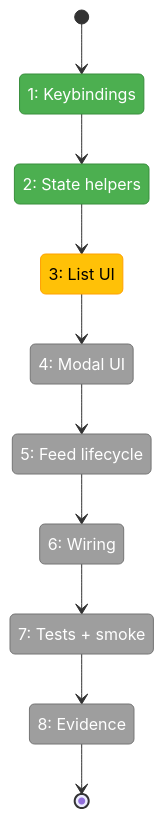
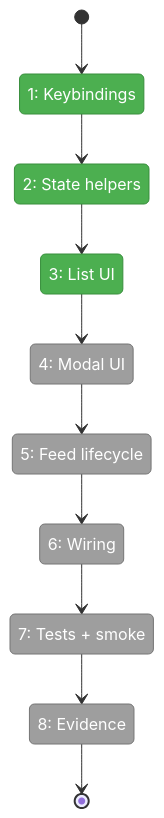
One commit to vaughanknight/pij changed the first of 2 diagrams in docs/plans/007-options-for-pi-extensions-that-do-subagents/tasks/phase-2-full-modal-minih-run-viewer/tasks.fltplan.md. Above: the diagram before and after it, drawn with Mermaid. The commit also changed other lines of this file and 4 other files, not shown here.

````diff
--- a/docs/plans/007-options-for-pi-extensions-that-do-subagents/tasks/phase-2-full-modal-minih-run-viewer/tasks.fltplan.md
+++ b/docs/plans/007-options-for-pi-extensions-that-do-subagents/tasks/phase-2-full-modal-minih-run-viewer/tasks.fltplan.md
@@ -43,30 +43,29 @@
 ```mermaid
 stateDiagram-v2
     classDef pending fill:#9E9E9E,stroke:#757575,color:#fff
     classDef active fill:#FFC107,stroke:#FFA000,color:#000
     classDef done fill:#4CAF50,stroke:#388E3C,color:#fff
     classDef blocked fill:#F44336,stroke:#D32F2F,color:#fff
 
     state "1: Keybindings" as S1
     state "2: State helpers" as S2
     state "3: List UI" as S3
     state "4: Modal UI" as S4
     state "5: Feed lifecycle" as S5
     state "6: Wiring" as S6
     state "7: Tests + smoke" as S7
     state "8: Evidence" as S8
 
     [*] --> S1
     S1 --> S2
     S2 --> S3
     S3 --> S4
     S4 --> S5
     S5 --> S6
     S6 --> S7
     S7 --> S8
     S8 --> [*]
 
-    class S1,S2 done
-    class S3 active
+    class S1,S2,S3 done
     class S4,S5,S6,S7,S8 pending
 ```
````
